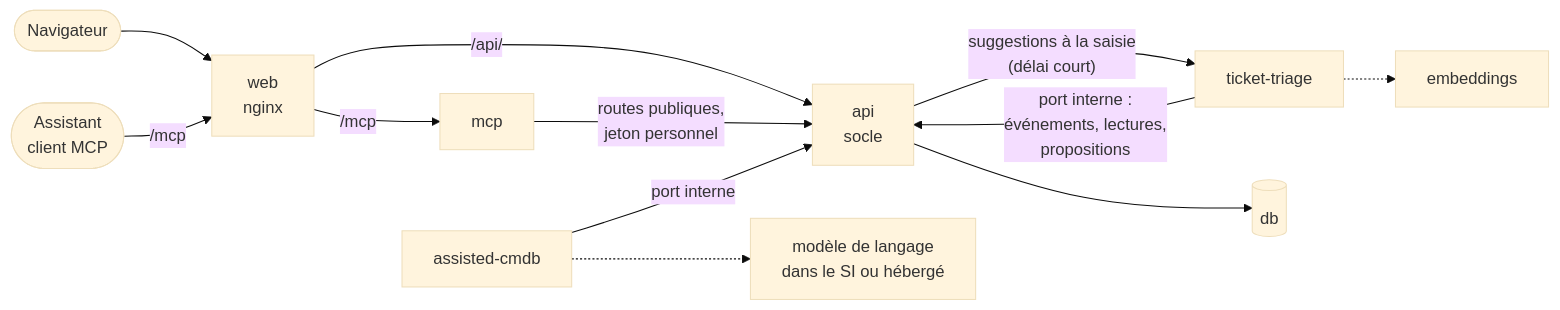
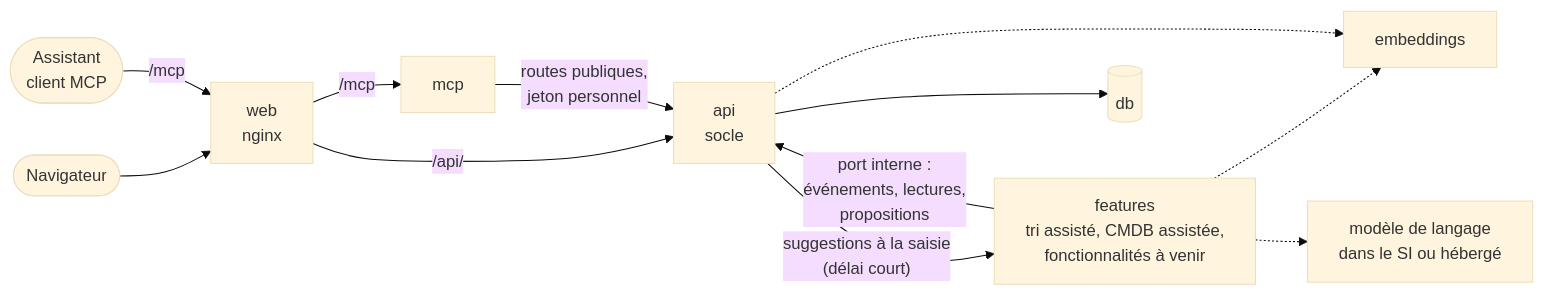
Before and after one commit to chrraj7/S-Aloha: the diagram in docs/reference/fonctionnalites-optionnelles.md, drawn with Mermaid (base theme). The commit also changed other lines of this file and 12 other files, not shown here.

````diff
--- a/docs/reference/fonctionnalites-optionnelles.md
+++ b/docs/reference/fonctionnalites-optionnelles.md
@@ -24,14 +25,14 @@
 ```mermaid
 flowchart LR
     U(["Navigateur"]) --> W["web<br/>nginx"]
     C(["Assistant<br/>client MCP"]) -- "/mcp" --> W
     W -- "/api/" --> A["api<br/>socle"]
     W -- "/mcp" --> M["mcp"]
     M -- "routes publiques,<br/>jeton personnel" --> A
-    T["ticket-triage"] -- "port interne :<br/>événements, lectures,<br/>propositions" --> A
-    K["assisted-cmdb"] -- "port interne" --> A
-    A -- "suggestions à la saisie<br/>(délai court)" --> T
-    T -.-> E["embeddings"]
-    K -.-> L["modèle de langage<br/>dans le SI ou hébergé"]
+    F["features<br/>tri assisté, CMDB assistée,<br/>fonctionnalités à venir"] -- "port interne :<br/>événements, lectures,<br/>propositions" --> A
+    A -- "suggestions à la saisie<br/>(délai court)" --> F
+    F -.-> E["embeddings"]
+    A -.-> E
+    F -.-> L["modèle de langage<br/>dans le SI ou hébergé"]
     A --> D[("db")]
 ```
````
